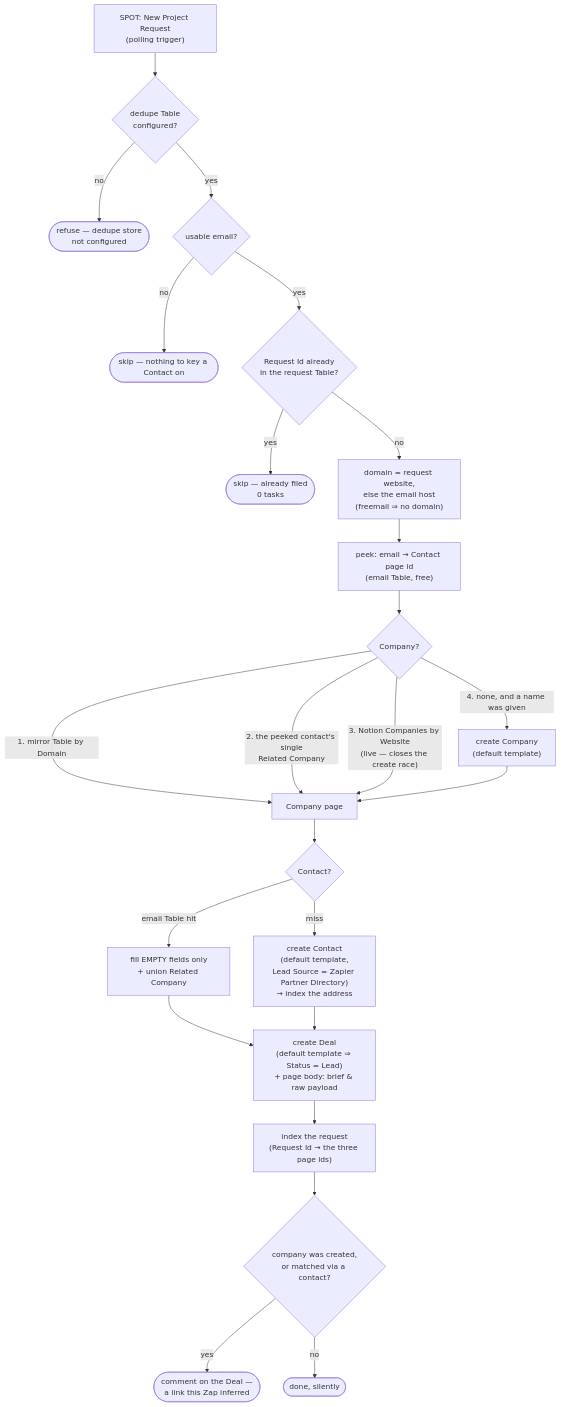
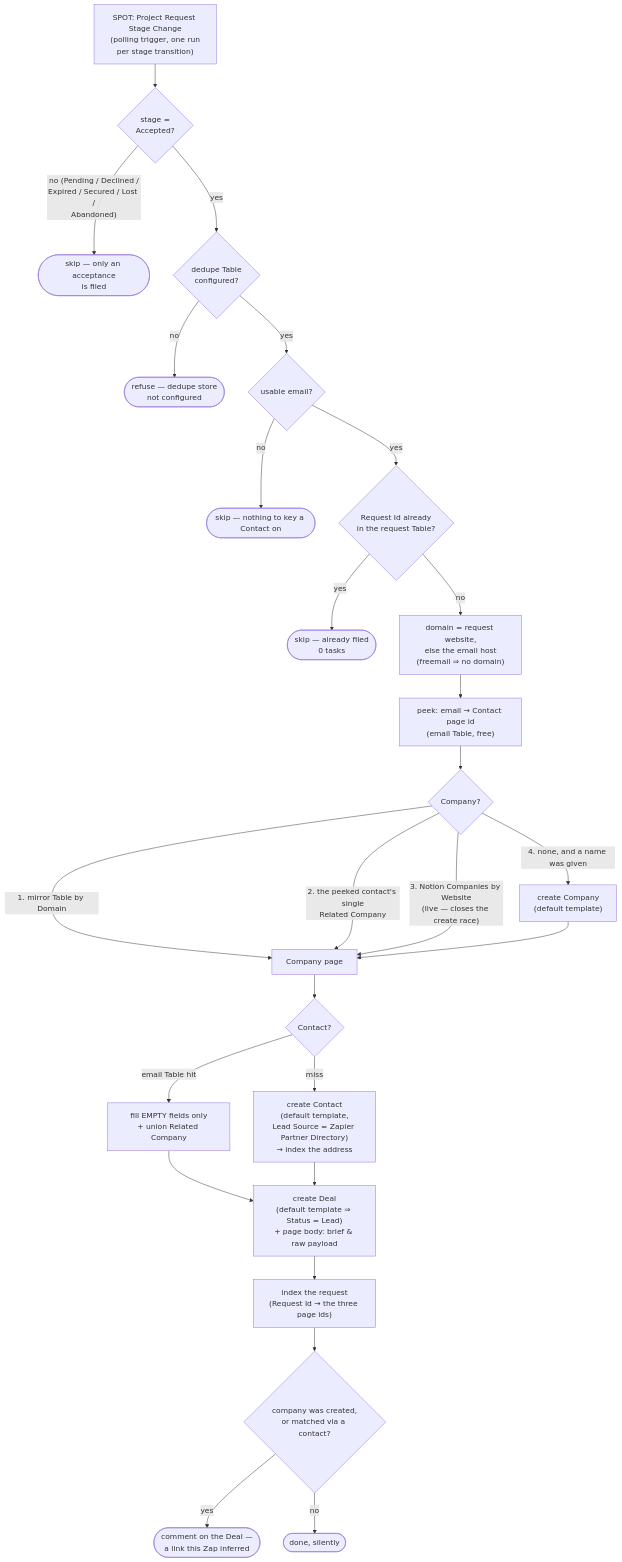
One commit to work-flowers/zapier-sdk changed the diagram in spot-project-request-to-notion/README.md. Above: the diagram before and after it, drawn with Mermaid. The commit also changed other lines of this file and 6 other files, not shown here.

````diff
--- a/spot-project-request-to-notion/README.md
+++ b/spot-project-request-to-notion/README.md
@@ -131,26 +137,28 @@
 ```mermaid
 flowchart TD
-    A["SPOT: New Project Request<br/>(polling trigger)"] --> B{"dedupe Table<br/>configured?"}
+    A["SPOT: Project Request Stage Change<br/>(polling trigger, one run<br/>per stage transition)"] --> A1{"stage =<br/>Accepted?"}
+    A1 -- "no (Pending / Declined /<br/>Expired / Secured / Lost /<br/>Abandoned)" --> A0(["skip — only an acceptance<br/>is filed"])
+    A1 -- yes --> B{"dedupe Table<br/>configured?"}
     B -- no --> B0(["refuse — dedupe store<br/>not configured"])
     B -- yes --> C{"usable email?"}
     C -- no --> C0(["skip — nothing to key a Contact on"])
     C -- yes --> D{"Request Id already<br/>in the request Table?"}
     D -- yes --> D0(["skip — already filed<br/>0 tasks"])
     D -- no --> E["domain = request website,<br/>else the email host<br/>(freemail ⇒ no domain)"]
     E --> F["peek: email → Contact page id<br/>(email Table, free)"]
     F --> G{"Company?"}
     G -- "1. mirror Table by Domain" --> P
     G -- "2. the peeked contact's single<br/>Related Company" --> P
     G -- "3. Notion Companies by Website<br/>(live — closes the create race)" --> P
     G -- "4. none, and a name was given" --> H["create Company<br/>(default template)"] --> P
     P["Company page"] --> Q{"Contact?"}
     Q -- "email Table hit" --> R["fill EMPTY fields only<br/>+ union Related Company"]
     Q -- miss --> S["create Contact<br/>(default template,<br/>Lead Source = Zapier Partner Directory)<br/>→ index the address"]
     R --> T
     S --> T
     T["create Deal<br/>(default template ⇒ Status = Lead)<br/>+ page body: brief & raw payload"]
     T --> U["index the request<br/>(Request Id → the three page ids)"]
     U --> V{"company was created,<br/>or matched via a contact?"}
     V -- yes --> W(["comment on the Deal —<br/>a link this Zap inferred"])
     V -- no --> X(["done, silently"])
 ```
````
